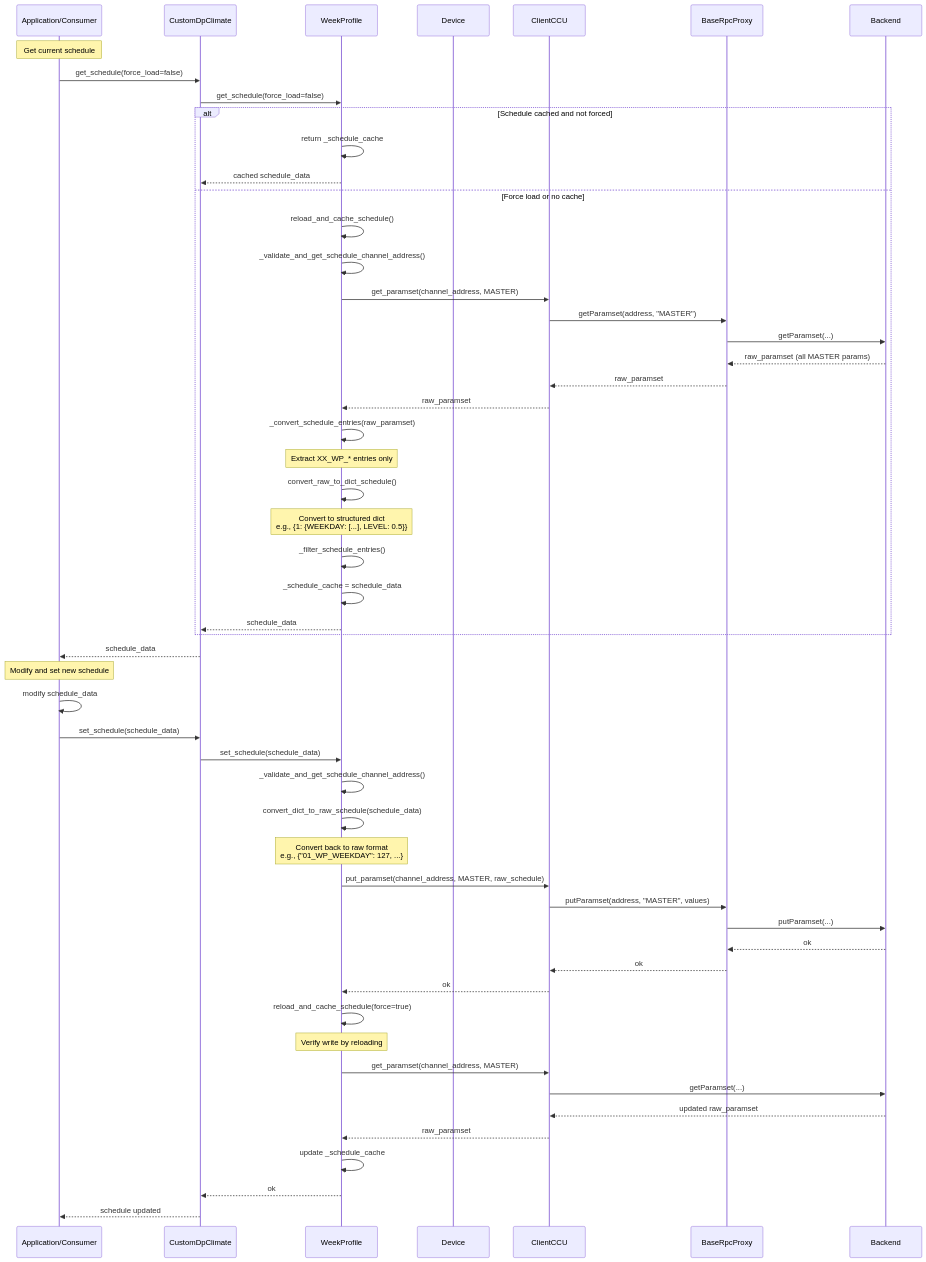
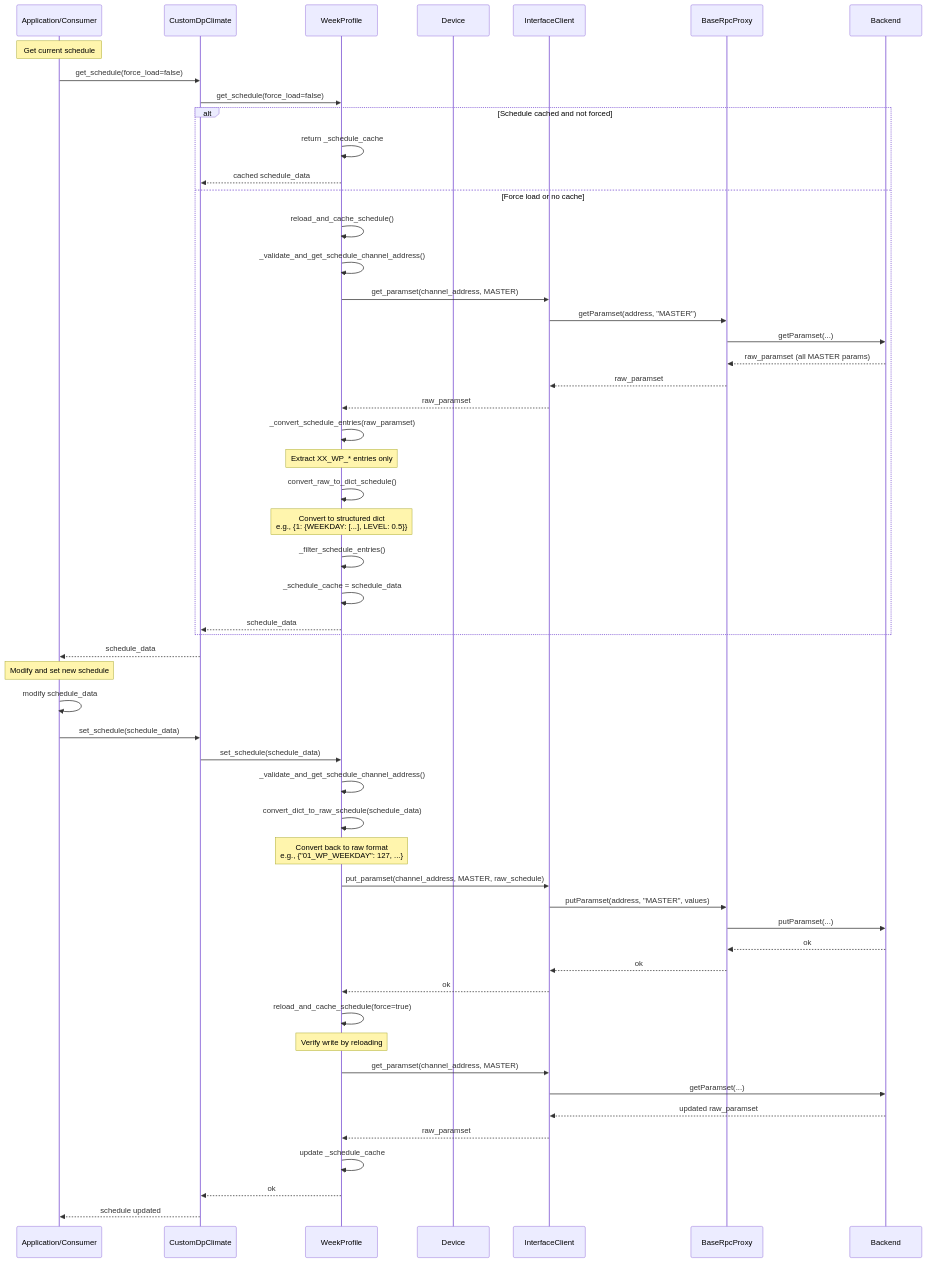
Diagram 11 of 17 in docs/architecture/sequence_diagrams.md (SukramJ/aiohomematic), drawn with Mermaid before and after one commit. The commit also changed other lines of this file and 13 other files, not shown here.

````diff
--- a/docs/architecture/sequence_diagrams.md
+++ b/docs/architecture/sequence_diagrams.md
@@ -900,71 +907,71 @@
 ```mermaid
 sequenceDiagram
   participant App as Application/Consumer
   participant DP as CustomDpClimate
   participant WP as WeekProfile
   participant D as Device
-  participant CX as ClientCCU
+  participant CX as InterfaceClient
   participant Proxy as BaseRpcProxy
   participant CCU as Backend
 
   Note over App: Get current schedule
 
   App->>DP: get_schedule(force_load=false)
   DP->>WP: get_schedule(force_load=false)
 
   alt Schedule cached and not forced
     WP->>WP: return _schedule_cache
     WP-->>DP: cached schedule_data
   else Force load or no cache
     WP->>WP: reload_and_cache_schedule()
     WP->>WP: _validate_and_get_schedule_channel_address()
 
     WP->>CX: get_paramset(channel_address, MASTER)
     CX->>Proxy: getParamset(address, "MASTER")
     Proxy->>CCU: getParamset(...)
     CCU-->>Proxy: raw_paramset (all MASTER params)
     Proxy-->>CX: raw_paramset
     CX-->>WP: raw_paramset
 
     WP->>WP: _convert_schedule_entries(raw_paramset)
     Note over WP: Extract XX_WP_* entries only
 
     WP->>WP: convert_raw_to_dict_schedule()
     Note over WP: Convert to structured dict<br/>e.g., {1: {WEEKDAY: [...], LEVEL: 0.5}}
 
     WP->>WP: _filter_schedule_entries()
     WP->>WP: _schedule_cache = schedule_data
     WP-->>DP: schedule_data
   end
 
   DP-->>App: schedule_data
 
   Note over App: Modify and set new schedule
 
   App->>App: modify schedule_data
   App->>DP: set_schedule(schedule_data)
   DP->>WP: set_schedule(schedule_data)
 
   WP->>WP: _validate_and_get_schedule_channel_address()
   WP->>WP: convert_dict_to_raw_schedule(schedule_data)
   Note over WP: Convert back to raw format<br/>e.g., {"01_WP_WEEKDAY": 127, ...}
 
   WP->>CX: put_paramset(channel_address, MASTER, raw_schedule)
   CX->>Proxy: putParamset(address, "MASTER", values)
   Proxy->>CCU: putParamset(...)
   CCU-->>Proxy: ok
   Proxy-->>CX: ok
   CX-->>WP: ok
 
   WP->>WP: reload_and_cache_schedule(force=true)
   Note over WP: Verify write by reloading
 
   WP->>CX: get_paramset(channel_address, MASTER)
   CX->>CCU: getParamset(...)
   CCU-->>CX: updated raw_paramset
   CX-->>WP: raw_paramset
   WP->>WP: update _schedule_cache
   WP-->>DP: ok
 
   DP-->>App: schedule updated
 ```
````
